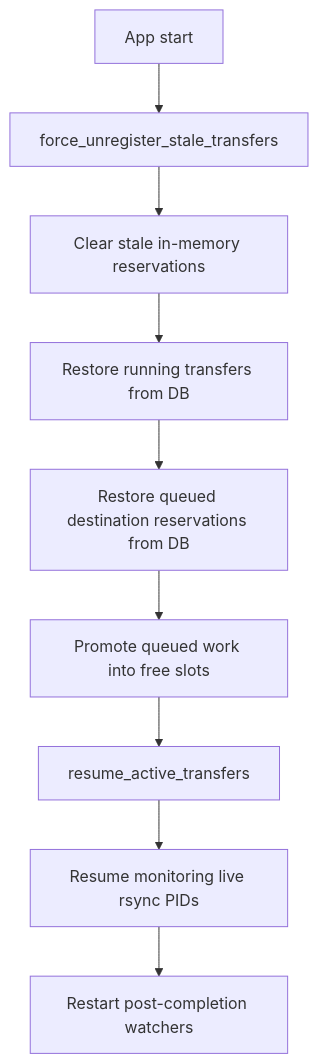
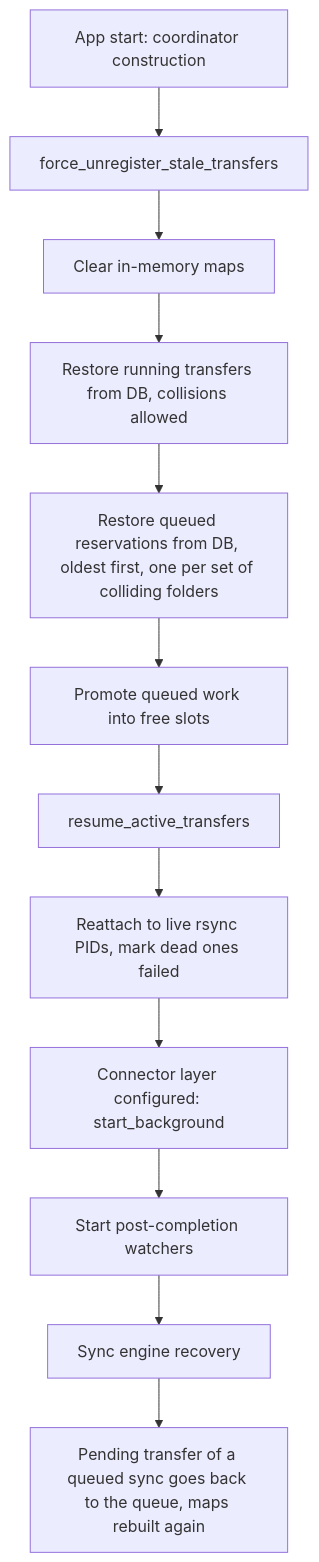
Before and after one commit to dragon-db/dragoncp-ui: the third of 3 diagrams in docs/features/queue/README.md, drawn with Mermaid. The commit also changed other lines of this file and 70 other files, not shown here.

First line of the commit message:
SYNC ENGINE V3: one pipeline for every sync

````diff
--- a/docs/features/queue/README.md
+++ b/docs/features/queue/README.md
@@ -101,11 +198,14 @@
 ```mermaid
 flowchart TD
-    A[App start] --> B[force_unregister_stale_transfers]
-    B --> C[Clear stale in-memory reservations]
-    C --> D[Restore running transfers from DB]
-    D --> E[Restore queued destination reservations from DB]
+    A[App start: coordinator construction] --> B[force_unregister_stale_transfers]
+    B --> C[Clear in-memory maps]
+    C --> D[Restore running transfers from DB, collisions allowed]
+    D --> E[Restore queued reservations from DB, oldest first, one per set of colliding folders]
     E --> F[Promote queued work into free slots]
     F --> G[resume_active_transfers]
-    G --> H[Resume monitoring live rsync PIDs]
-    H --> I[Restart post-completion watchers]
+    G --> H[Reattach to live rsync PIDs, mark dead ones failed]
+    H --> I[Connector layer configured: start_background]
+    I --> J[Start post-completion watchers]
+    J --> K[Sync engine recovery]
+    K --> L[Pending transfer of a queued sync goes back to the queue, maps rebuilt again]
 ```
````
